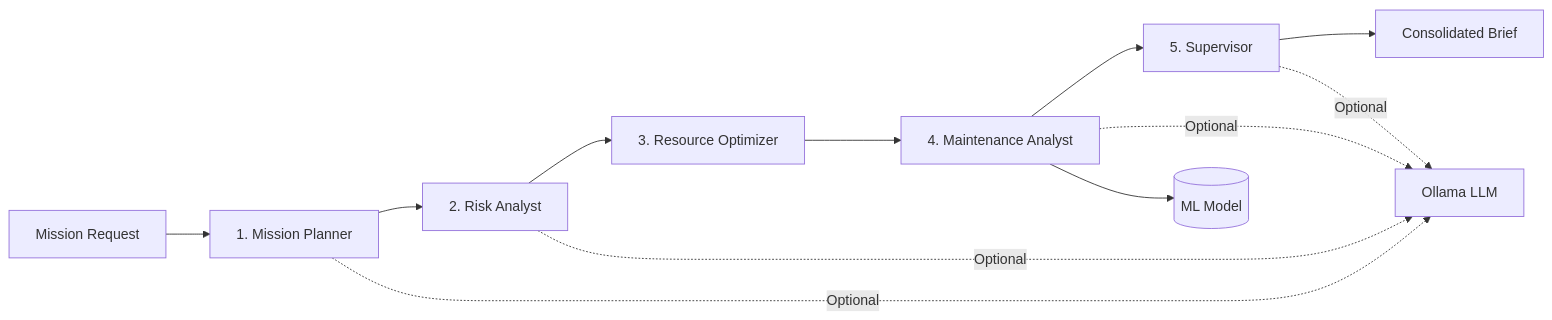
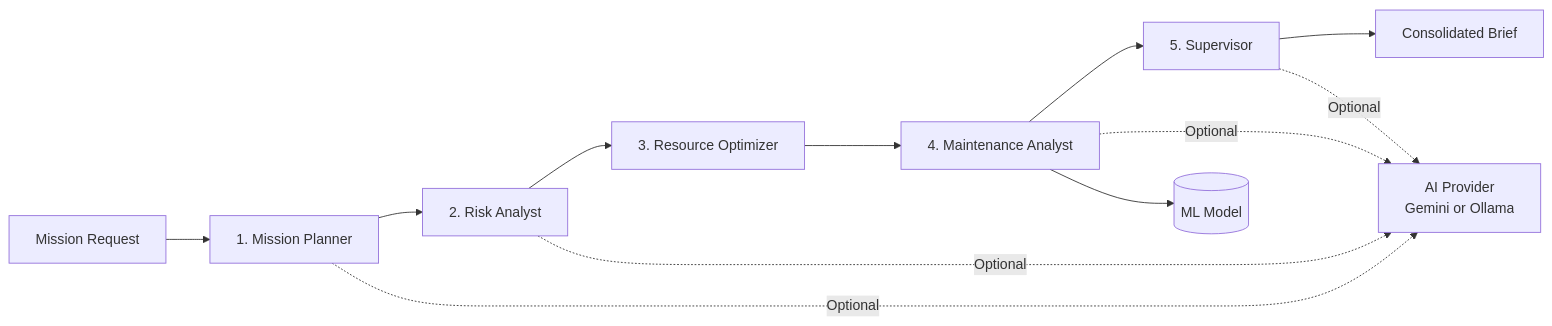
One commit to SaiVarunPappla/ANVIKSHAKA-X changed the second of 4 diagrams in README.md. Above: the diagram before and after it, drawn with Mermaid. The commit also changed other lines of this file and 8 other files, not shown here.

````diff
--- a/README.md
+++ b/README.md
@@ -55,16 +59,16 @@
 ```mermaid
 graph LR
     A[Mission Request] --> B[1. Mission Planner]
     B --> C[2. Risk Analyst]
     C --> D[3. Resource Optimizer]
     D --> E[4. Maintenance Analyst]
     E --> F[5. Supervisor]
     F --> G[Consolidated Brief]
     
-    B -.->|Optional| AI[Ollama LLM]
+    B -.->|Optional| AI[AI Provider<br/>Gemini or Ollama]
     C -.->|Optional| AI
     E -.->|Optional| AI
     F -.->|Optional| AI
     
     E --> ML[(ML Model)]
 ```
````
